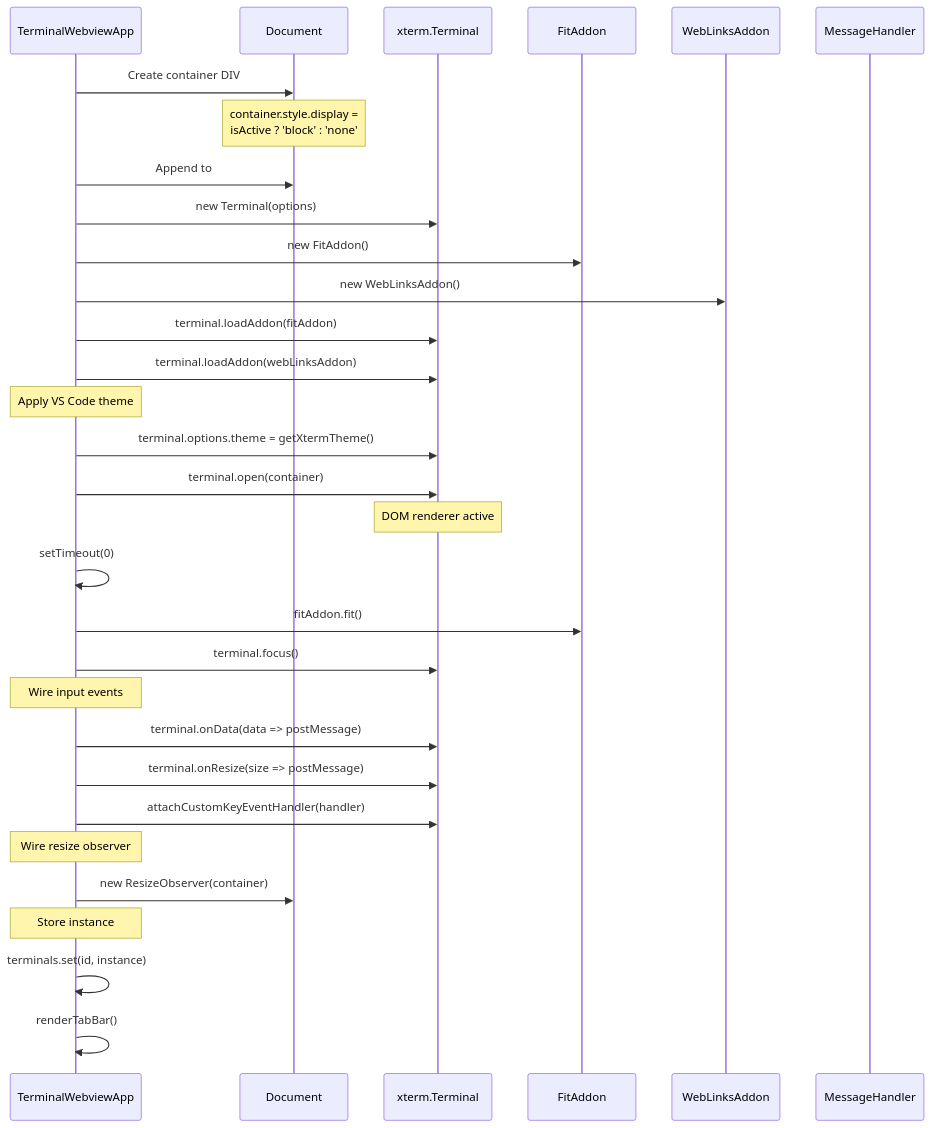
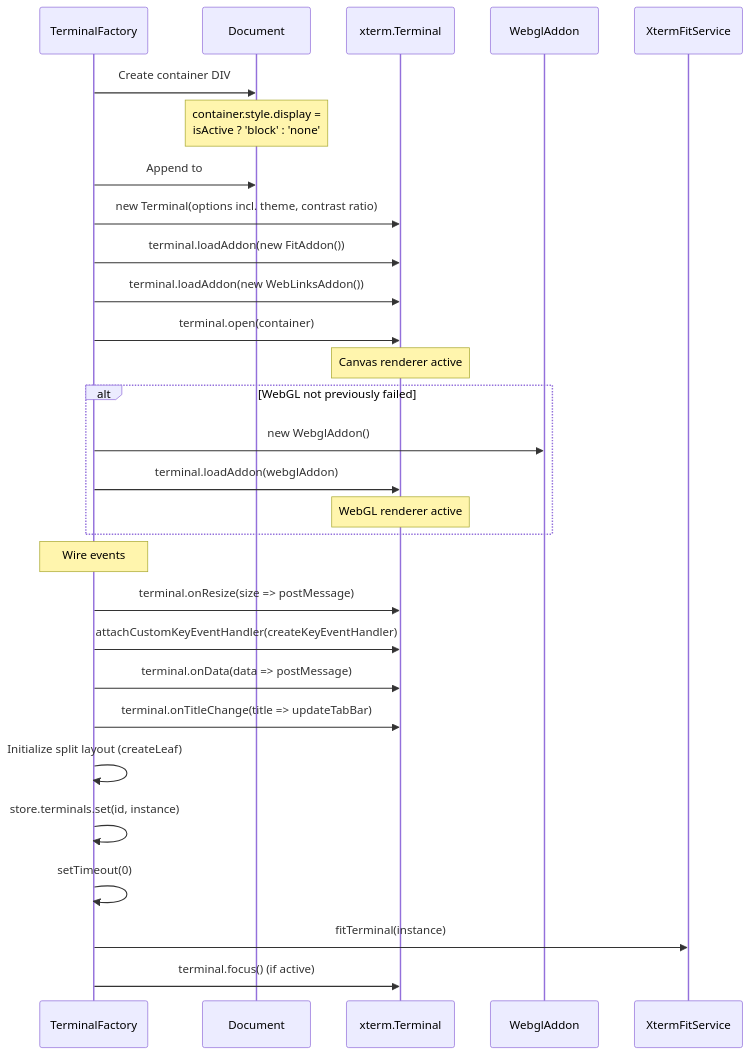
One commit to huybuidac/anywhere-terminal changed the third of 3 diagrams in docs/design/xterm-integration.md. Above: the diagram before and after it, drawn with Mermaid. The commit also changed other lines of this file and 46 other files, not shown here.

Commit message:
refactor: extract terminal factory, split renderer, and flow control into dedicated modules, reducing main.ts to a composition root, and add new webview tests.

````diff
--- a/docs/design/xterm-integration.md
+++ b/docs/design/xterm-integration.md
@@ -231,42 +200,38 @@
 ```mermaid
 sequenceDiagram
-    participant App as TerminalWebviewApp
+    participant TF as TerminalFactory
     participant DOM as Document
     participant XT as xterm.Terminal
-    participant FA as FitAddon
-    participant WL as WebLinksAddon
-    participant MSG as MessageHandler
+    participant WGL as WebglAddon
+    participant XFS as XtermFitService
 
-    App->>DOM: Create container DIV
+    TF->>DOM: Create container DIV
     Note over DOM: container.style.display =<br/>isActive ? 'block' : 'none'
-    App->>DOM: Append to #terminal-container
+    TF->>DOM: Append to #terminal-container
 
-    App->>XT: new Terminal(options)
-    App->>FA: new FitAddon()
-    App->>WL: new WebLinksAddon()
+    TF->>XT: new Terminal(options incl. theme, contrast ratio)
+    TF->>XT: terminal.loadAddon(new FitAddon())
+    TF->>XT: terminal.loadAddon(new WebLinksAddon())
 
-    App->>XT: terminal.loadAddon(fitAddon)
-    App->>XT: terminal.loadAddon(webLinksAddon)
+    TF->>XT: terminal.open(container)
+    Note over XT: Canvas renderer active
 
-    Note over App: Apply VS Code theme
-    App->>XT: terminal.options.theme = getXtermTheme()
+    alt WebGL not previously failed
+        TF->>WGL: new WebglAddon()
+        TF->>XT: terminal.loadAddon(webglAddon)
+        Note over XT: WebGL renderer active
+    end
 
-    App->>XT: terminal.open(container)
-    Note over XT: DOM renderer active
+    Note over TF: Wire events
+    TF->>XT: terminal.onResize(size => postMessage)
+    TF->>XT: attachCustomKeyEventHandler(createKeyEventHandler)
+    TF->>XT: terminal.onData(data => postMessage)
+    TF->>XT: terminal.onTitleChange(title => updateTabBar)
 
-    App->>App: setTimeout(0)
-    App->>FA: fitAddon.fit()
-    App->>XT: terminal.focus()
+    TF->>TF: Initialize split layout (createLeaf)
+    TF->>TF: store.terminals.set(id, instance)
 
-    Note over App: Wire input events
-    App->>XT: terminal.onData(data => postMessage)
-    App->>XT: terminal.onResize(size => postMessage)
-    App->>XT: attachCustomKeyEventHandler(handler)
-
-    Note over App: Wire resize observer
-    App->>DOM: new ResizeObserver(container)
-
-    Note over App: Store instance
-    App->>App: terminals.set(id, instance)
-    App->>App: renderTabBar()
+    TF->>TF: setTimeout(0)
+    TF->>XFS: fitTerminal(instance)
+    TF->>XT: terminal.focus() (if active)
 ```
````
